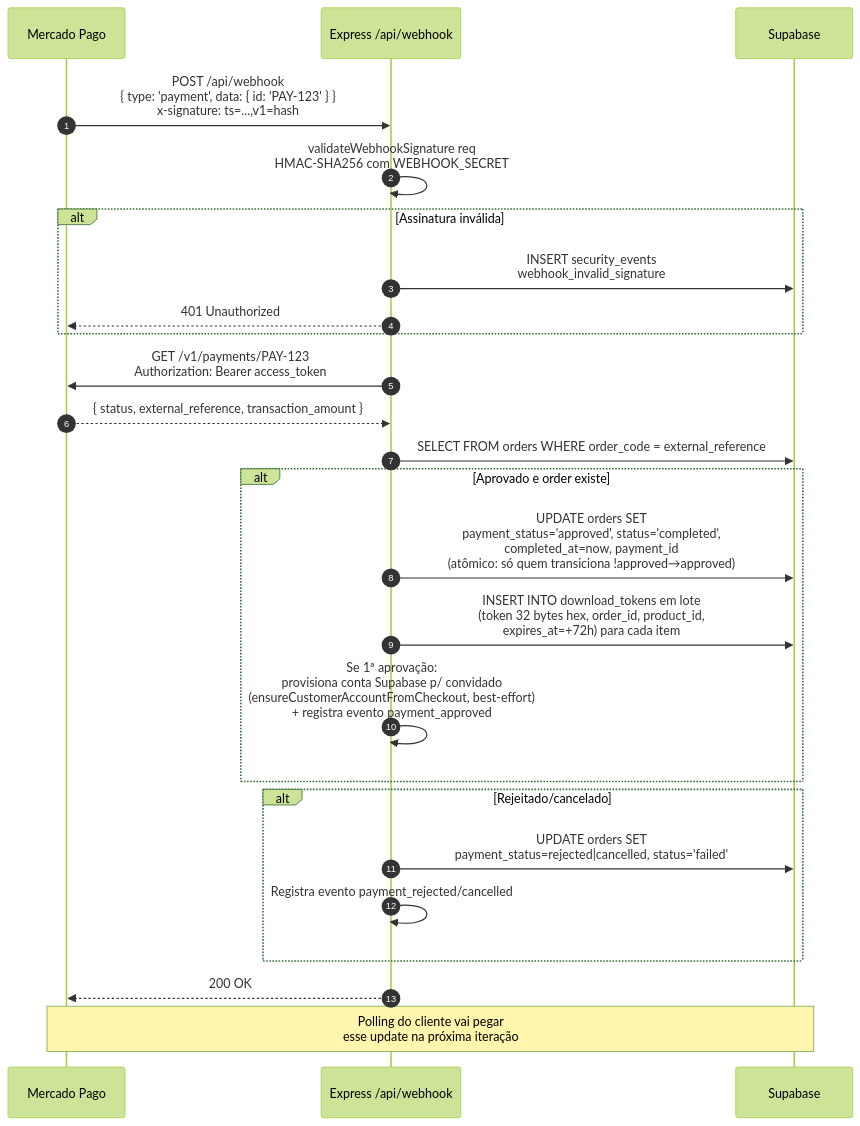
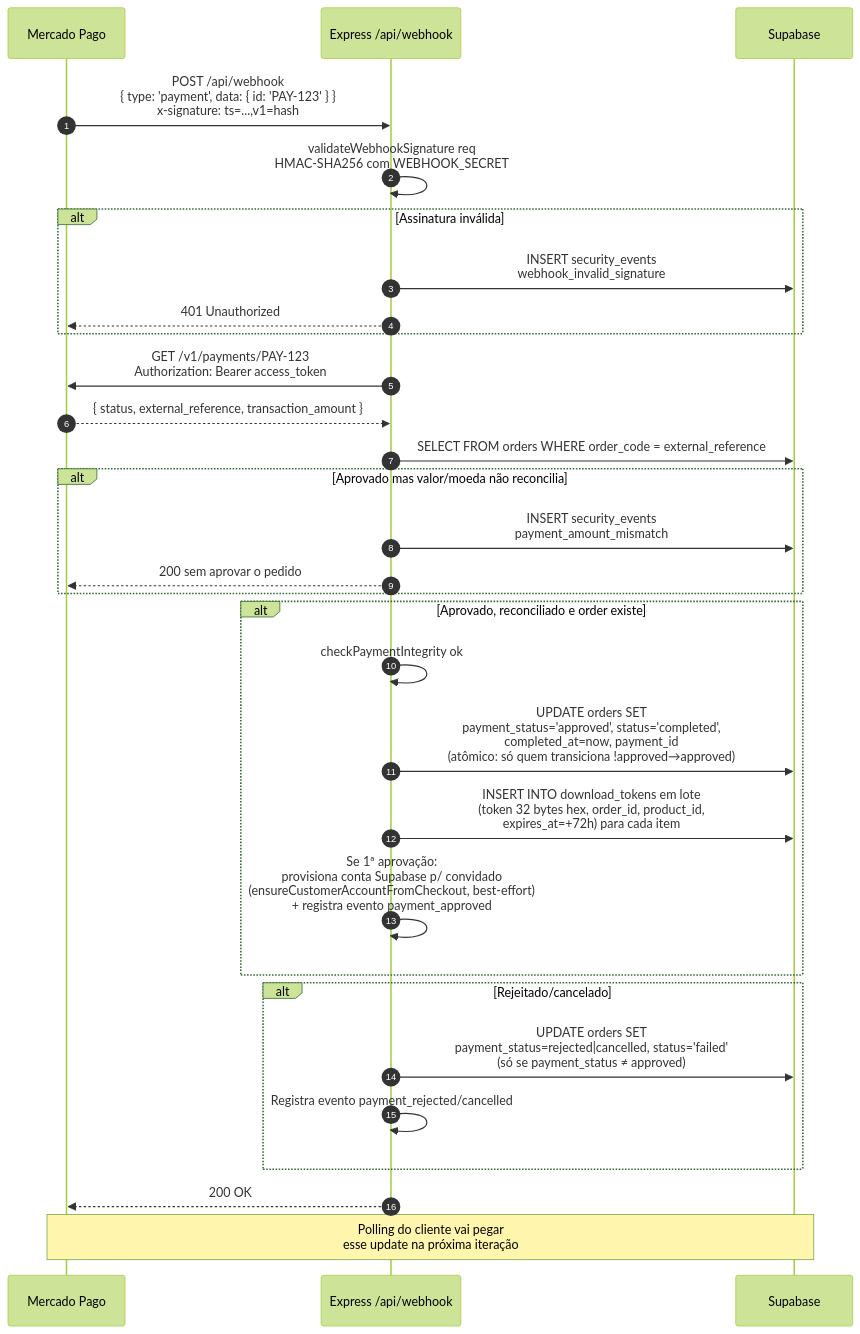
Before and after one commit to JoaoLuisC/Atelie-escolar: the sixth of 10 diagrams in docs/ProjectDocs/05-FLUXOS.md, drawn with Mermaid (forest theme). The commit also changed other lines of this file and 24 other files, not shown here.

````diff
--- a/docs/ProjectDocs/05-FLUXOS.md
+++ b/docs/ProjectDocs/05-FLUXOS.md
@@ -192,28 +193,33 @@
 ```mermaid
 sequenceDiagram
     autonumber
     participant MP as Mercado Pago
     participant API as Express /api/webhook
     participant DB as Supabase
 
     MP->>API: POST /api/webhook<br/>{ type: 'payment', data: { id: 'PAY-123' } }<br/>x-signature: ts=...,v1=hash
     API->>API: validateWebhookSignature req<br/>HMAC-SHA256 com WEBHOOK_SECRET
     alt Assinatura inválida
         API->>DB: INSERT security_events<br/>webhook_invalid_signature
         API-->>MP: 401 Unauthorized
     end
     API->>MP: GET /v1/payments/PAY-123<br/>Authorization: Bearer access_token
     MP-->>API: { status, external_reference, transaction_amount }
     API->>DB: SELECT FROM orders WHERE order_code = external_reference
-    alt Aprovado e order existe
+    alt Aprovado mas valor/moeda não reconcilia
+        API->>DB: INSERT security_events<br/>payment_amount_mismatch
+        API-->>MP: 200 sem aprovar o pedido
+    end
+    alt Aprovado, reconciliado e order existe
+        API->>API: checkPaymentIntegrity ok
         API->>DB: UPDATE orders SET<br/>payment_status='approved', status='completed',<br/>completed_at=now, payment_id<br/>(atômico: só quem transiciona !approved→approved)
         API->>DB: INSERT INTO download_tokens em lote<br/>(token 32 bytes hex, order_id, product_id,<br/>expires_at=+72h) para cada item
         API->>API: Se 1ª aprovação:<br/>provisiona conta Supabase p/ convidado<br/>(ensureCustomerAccountFromCheckout, best-effort)<br/>+ registra evento payment_approved
     end
     alt Rejeitado/cancelado
-        API->>DB: UPDATE orders SET<br/>payment_status=rejected|cancelled, status='failed'
+        API->>DB: UPDATE orders SET<br/>payment_status=rejected|cancelled, status='failed'<br/>(só se payment_status ≠ approved)
         API->>API: Registra evento payment_rejected/cancelled
     end
     API-->>MP: 200 OK
     Note over MP,DB: Polling do cliente vai pegar<br/>esse update na próxima iteração
 ```
````
